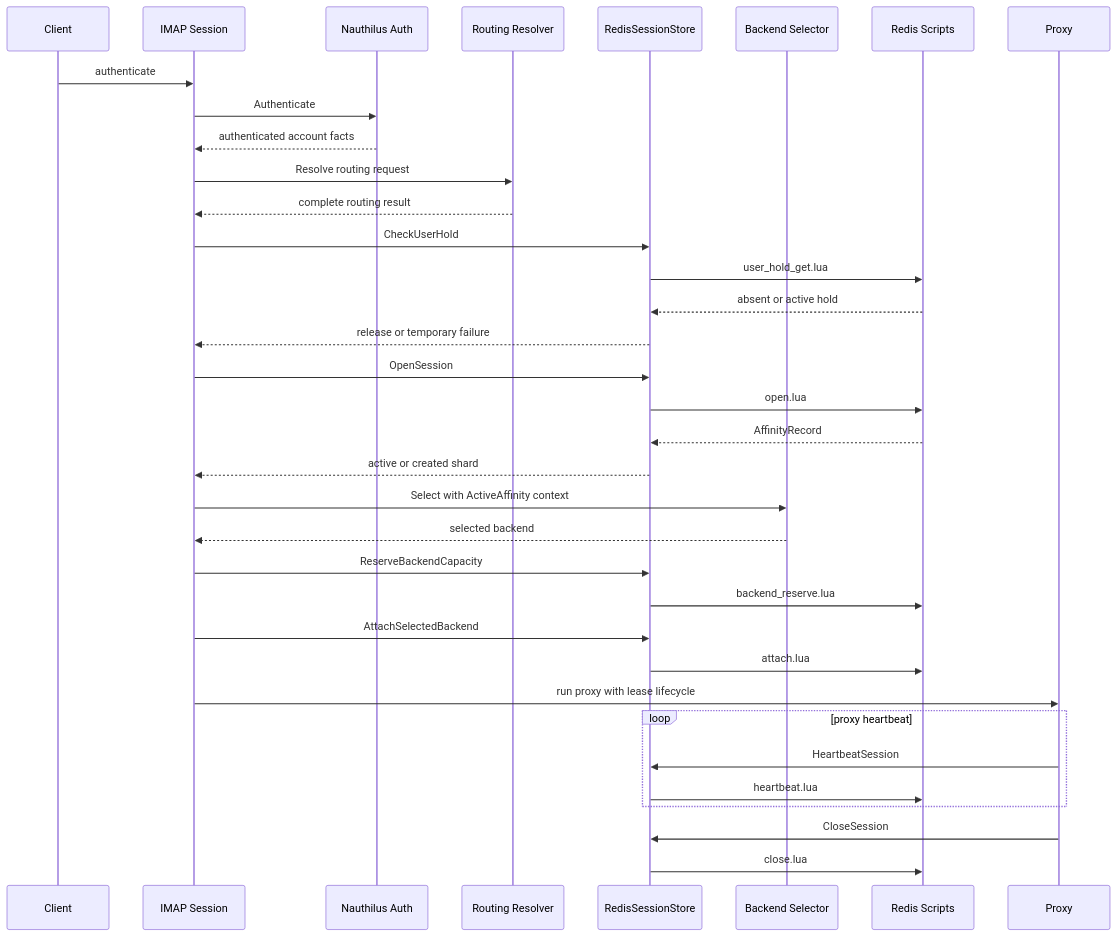
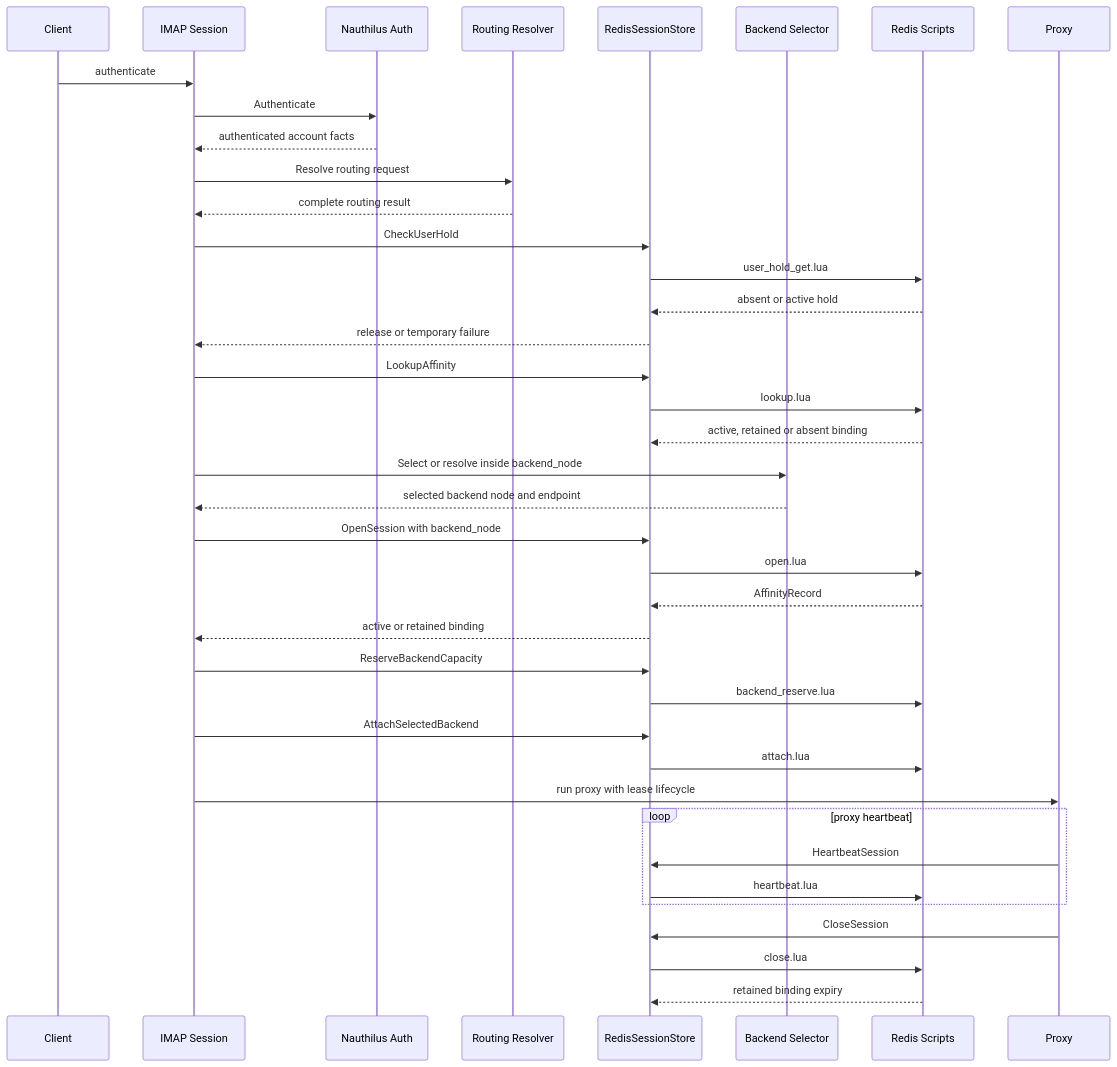
One commit to croessner/nauthilus-director changed the third of 7 diagrams in docs/developer/AFFINITY_SESSION_HANDLING.md. Above: the diagram before and after it, drawn with Mermaid. The commit also changed other lines of this file and 75 other files, not shown here.

First line of the commit message:
Change: Enforce cross-protocol backend-node affinity

````diff
--- a/docs/developer/AFFINITY_SESSION_HANDLING.md
+++ b/docs/developer/AFFINITY_SESSION_HANDLING.md
@@ -204,38 +213,42 @@
 ```mermaid
 sequenceDiagram
     participant Client
     participant IMAP as IMAP Session
     participant Auth as Nauthilus Auth
     participant Routing as Routing Resolver
     participant Store as RedisSessionStore
     participant Selector as Backend Selector
     participant Redis as Redis Scripts
     participant Proxy
 
     Client->>IMAP: authenticate
     IMAP->>Auth: Authenticate
     Auth-->>IMAP: authenticated account facts
     IMAP->>Routing: Resolve routing request
     Routing-->>IMAP: complete routing result
     IMAP->>Store: CheckUserHold
     Store->>Redis: user_hold_get.lua
     Redis-->>Store: absent or active hold
     Store-->>IMAP: release or temporary failure
-    IMAP->>Store: OpenSession
+    IMAP->>Store: LookupAffinity
+    Store->>Redis: lookup.lua
+    Redis-->>Store: active, retained or absent binding
+    IMAP->>Selector: Select or resolve inside backend_node
+    Selector-->>IMAP: selected backend node and endpoint
+    IMAP->>Store: OpenSession with backend_node
     Store->>Redis: open.lua
     Redis-->>Store: AffinityRecord
-    Store-->>IMAP: active or created shard
-    IMAP->>Selector: Select with ActiveAffinity context
-    Selector-->>IMAP: selected backend
+    Store-->>IMAP: active or retained binding
     IMAP->>Store: ReserveBackendCapacity
     Store->>Redis: backend_reserve.lua
     IMAP->>Store: AttachSelectedBackend
     Store->>Redis: attach.lua
     IMAP->>Proxy: run proxy with lease lifecycle
     loop proxy heartbeat
         Proxy->>Store: HeartbeatSession
         Store->>Redis: heartbeat.lua
     end
     Proxy->>Store: CloseSession
     Store->>Redis: close.lua
+    Redis-->>Store: retained binding expiry
 ```
````
